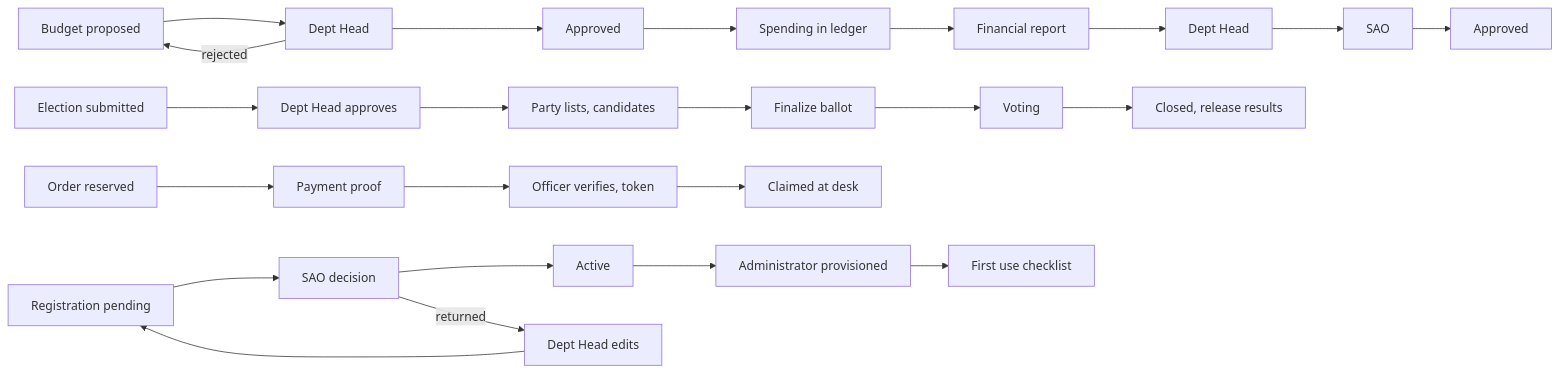
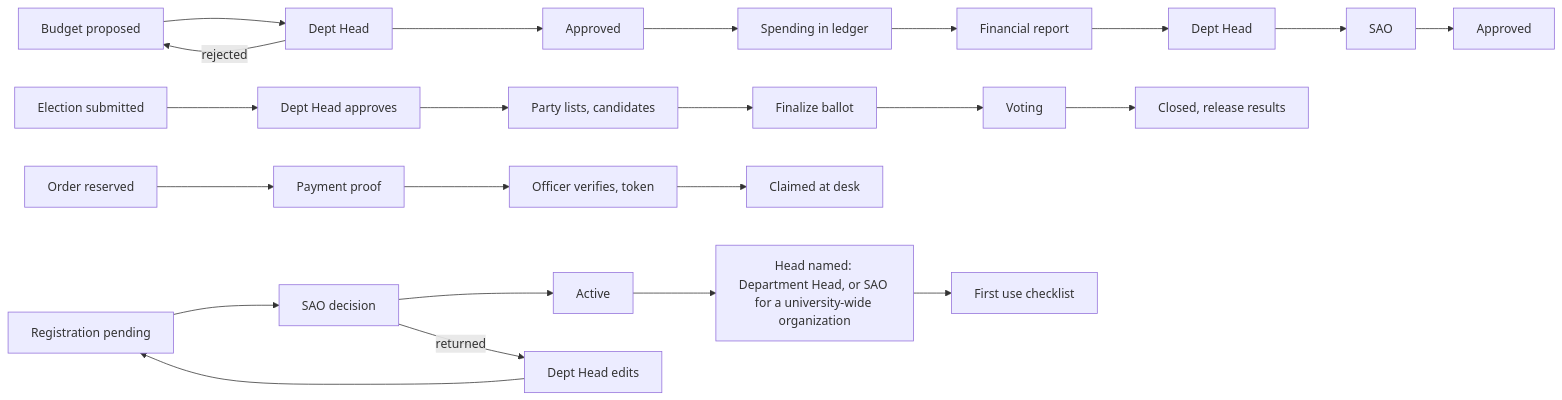
The eighth of 8 diagrams in docs/UX_FLOW.md (prodoc-zen/Hiusa-FULL), drawn with Mermaid before and after one commit. The commit also changed other lines of this file and 12 other files, not shown here.

Commit message:
chore: QA sheets and flow docs match rounds r15 and r15b

````diff
--- a/docs/UX_FLOW.md
+++ b/docs/UX_FLOW.md
@@ -506,9 +506,9 @@
 ```mermaid
 flowchart LR
   B1[Budget proposed] --> B2[Dept Head] --> B3[Approved] --> B4[Spending in ledger] --> B5[Financial report] --> B6[Dept Head] --> B7[SAO] --> B8[Approved]
   B2 -- rejected --> B1
   C1[Election submitted] --> C2[Dept Head approves] --> C3[Party lists, candidates] --> C4[Finalize ballot] --> C5[Voting] --> C6[Closed, release results]
   D1[Order reserved] --> D2[Payment proof] --> D3[Officer verifies, token] --> D4[Claimed at desk]
-  G1[Registration pending] --> G2[SAO decision] --> G3[Active] --> G4[Administrator provisioned] --> G5[First use checklist]
+  G1[Registration pending] --> G2[SAO decision] --> G3[Active] --> G4[Head named: Department Head, or SAO for a university-wide organization] --> G5[First use checklist]
   G2 -- returned --> G6[Dept Head edits] --> G1
 ```
````
